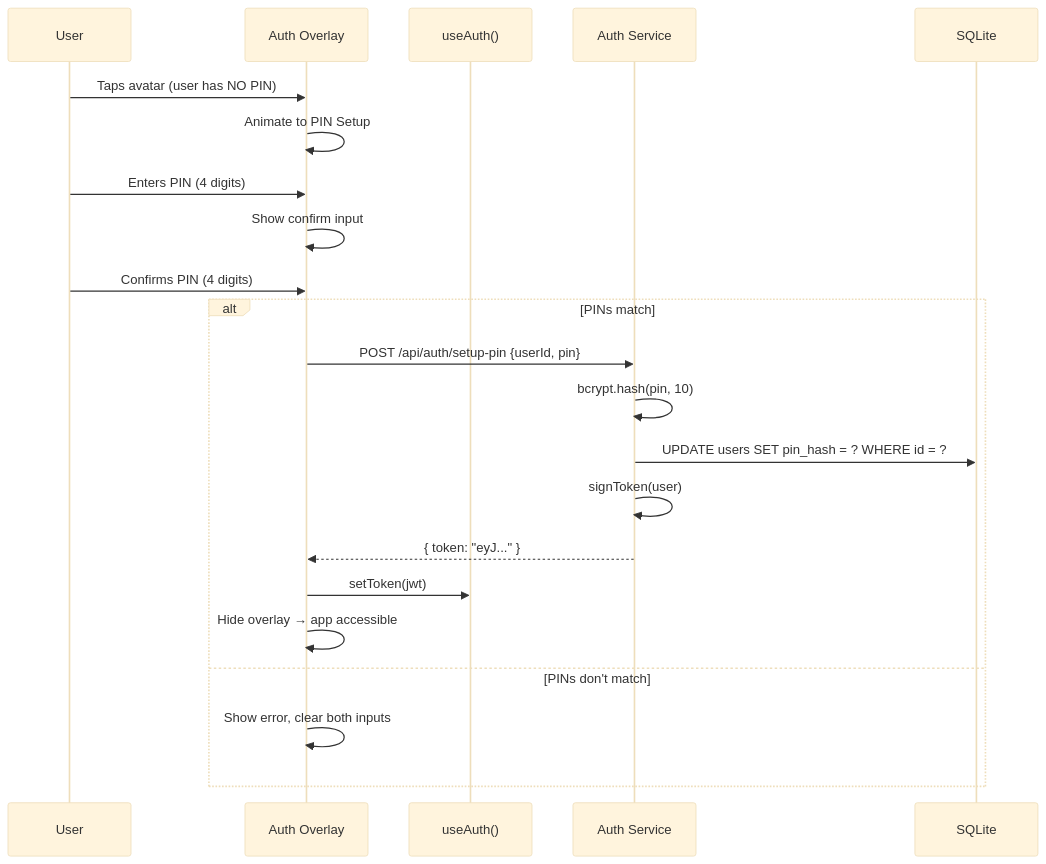
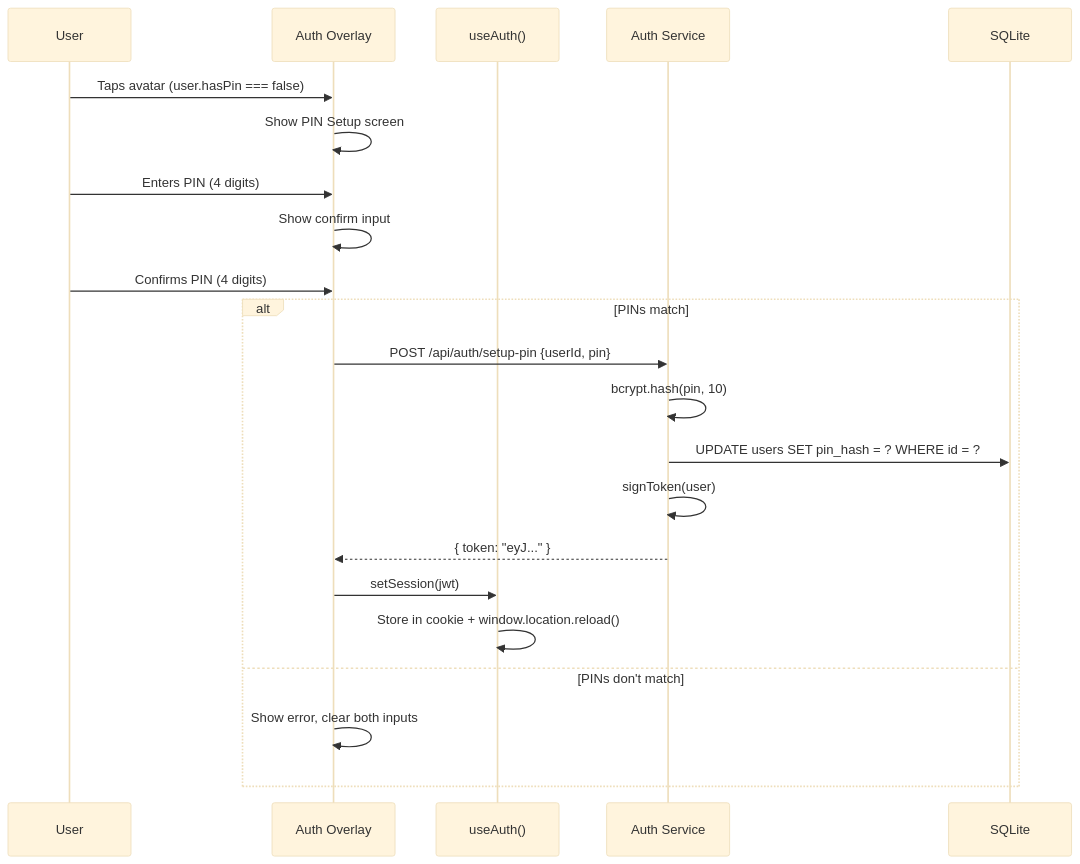
One commit to XanderLuciano/shop-planr changed the fourth of 7 diagrams in .kiro/specs/pin-auth-jwt/design.md. Above: the diagram before and after it, drawn with Mermaid (base theme). The commit also changed other lines of this file and 6 other files, not shown here.

````diff
--- a/.kiro/specs/pin-auth-jwt/design.md
+++ b/.kiro/specs/pin-auth-jwt/design.md
@@ -586,27 +650,27 @@
 ```mermaid
 sequenceDiagram
     participant U as User
     participant AO as Auth Overlay
     participant AC as useAuth()
     participant AS as Auth Service
     participant DB as SQLite
 
-    U->>AO: Taps avatar (user has NO PIN)
-    AO->>AO: Animate to PIN Setup
+    U->>AO: Taps avatar (user.hasPin === false)
+    AO->>AO: Show PIN Setup screen
 
     U->>AO: Enters PIN (4 digits)
     AO->>AO: Show confirm input
 
     U->>AO: Confirms PIN (4 digits)
     alt PINs match
         AO->>AS: POST /api/auth/setup-pin {userId, pin}
         AS->>AS: bcrypt.hash(pin, 10)
         AS->>DB: UPDATE users SET pin_hash = ? WHERE id = ?
         AS->>AS: signToken(user)
         AS-->>AO: { token: "eyJ..." }
-        AO->>AC: setToken(jwt)
-        AO->>AO: Hide overlay → app accessible
+        AO->>AC: setSession(jwt)
+        AC->>AC: Store in cookie + window.location.reload()
     else PINs don't match
         AO->>AO: Show error, clear both inputs
     end
 ```
````
